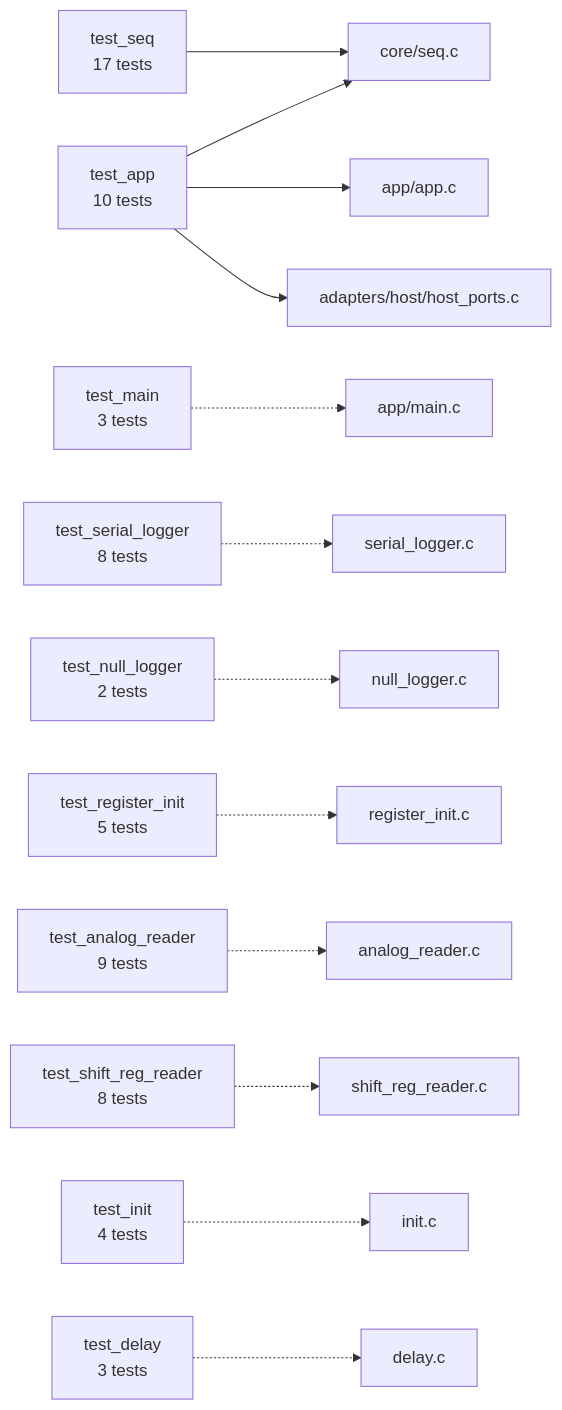
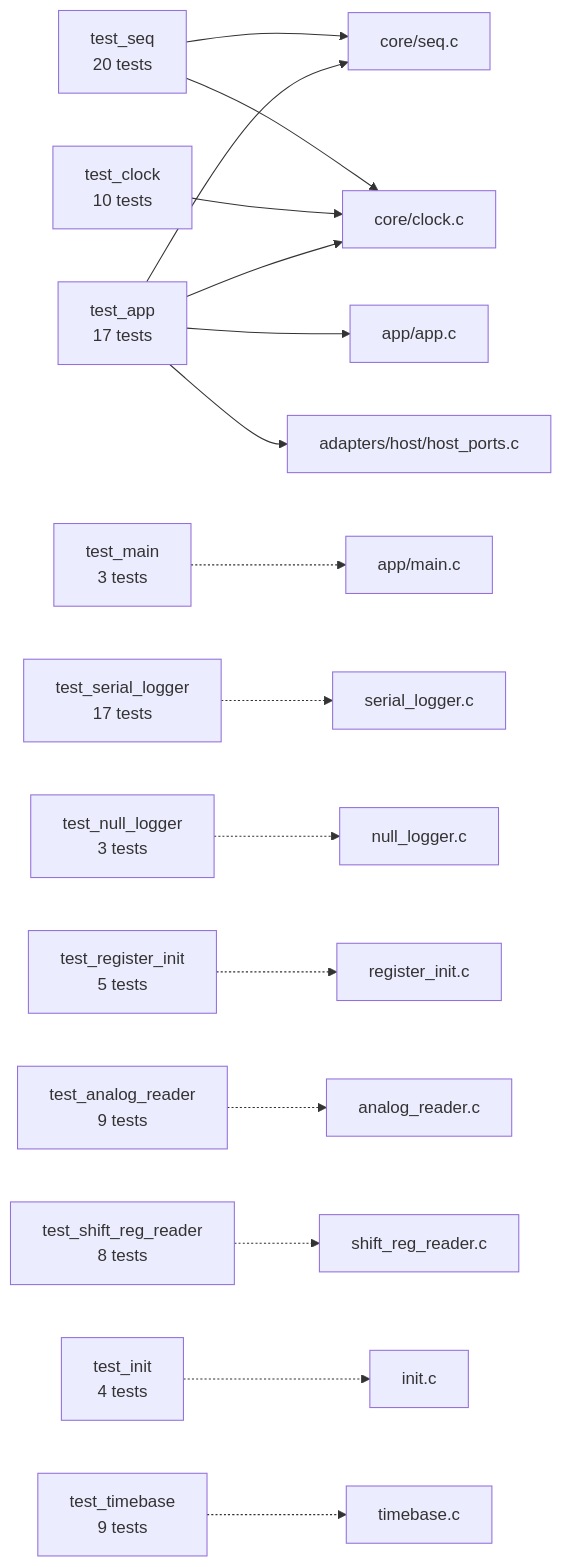
Before and after one commit to BonelessPig/nano_sequencer: diagram 14 of 18 in docs/ARCHITECTURE.md, drawn with Mermaid. The commit also changed other lines of this file and 9 other files, not shown here.

````diff
--- a/docs/ARCHITECTURE.md
+++ b/docs/ARCHITECTURE.md
@@ -411,15 +466,18 @@
 ```mermaid
 flowchart LR
-    t_seq["test_seq<br/>17 tests"] --> seq["core/seq.c"]
-    t_app["test_app<br/>10 tests"] --> app["app/app.c"]
+    t_seq["test_seq<br/>20 tests"] --> seq["core/seq.c"]
+    t_seq --> clock["core/clock.c"]
+    t_clock["test_clock<br/>10 tests"] --> clock
+    t_app["test_app<br/>17 tests"] --> app["app/app.c"]
     t_app --> seq
+    t_app --> clock
     t_app --> hostp["adapters/host/host_ports.c"]
     t_main["test_main<br/>3 tests"] -.-> mainc["app/main.c"]
-    t_ser["test_serial_logger<br/>8 tests"] -.-> ser["serial_logger.c"]
-    t_null["test_null_logger<br/>2 tests"] -.-> nul["null_logger.c"]
+    t_ser["test_serial_logger<br/>17 tests"] -.-> ser["serial_logger.c"]
+    t_null["test_null_logger<br/>3 tests"] -.-> nul["null_logger.c"]
     t_reg["test_register_init<br/>5 tests"] -.-> reg["register_init.c"]
     t_adc["test_analog_reader<br/>9 tests"] -.-> adc["analog_reader.c"]
     t_shift["test_shift_reg_reader<br/>8 tests"] -.-> shift["shift_reg_reader.c"]
     t_init["test_init<br/>4 tests"] -.-> init["init.c"]
-    t_delay["test_delay<br/>3 tests"] -.-> delay["delay.c"]
+    t_time["test_timebase<br/>9 tests"] -.-> time["timebase.c"]
 ```
````
